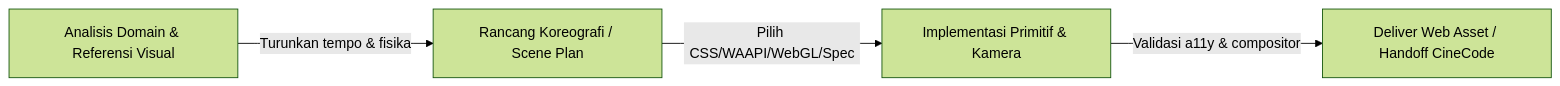
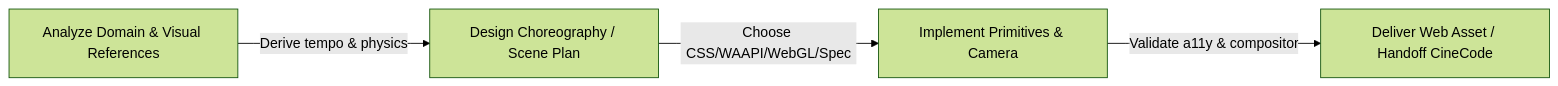
The diagram in skills/maxilun-motion/SKILL.md (giriedu/maxilun), drawn with Mermaid (forest theme) before and after one commit. The commit also changed other lines of this file and 207 other files, not shown here.

````diff
--- a/skills/maxilun-motion/SKILL.md
+++ b/skills/maxilun-motion/SKILL.md
@@ -72,6 +73,6 @@
 ```mermaid
 flowchart LR
-    A["Analisis Domain & Referensi Visual"] -->|Turunkan tempo & fisika| B["Rancang Koreografi / Scene Plan"]
-    B -->|Pilih CSS/WAAPI/WebGL/Spec| C["Implementasi Primitif & Kamera"]
-    C -->|Validasi a11y & compositor| D["Deliver Web Asset / Handoff CineCode"]
+    A["Analyze Domain & Visual References"] -->|Derive tempo & physics| B["Design Choreography / Scene Plan"]
+    B -->|Choose CSS/WAAPI/WebGL/Spec| C["Implement Primitives & Camera"]
+    C -->|Validate a11y & compositor| D["Deliver Web Asset / Handoff CineCode"]
 ```
````
